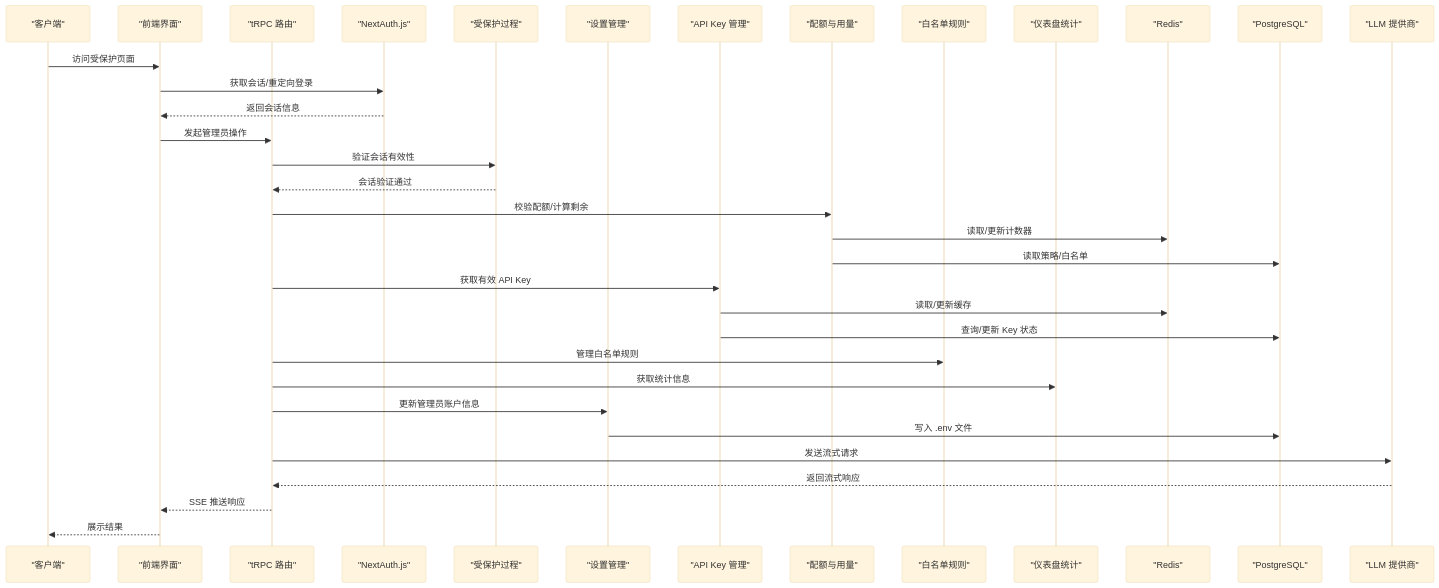
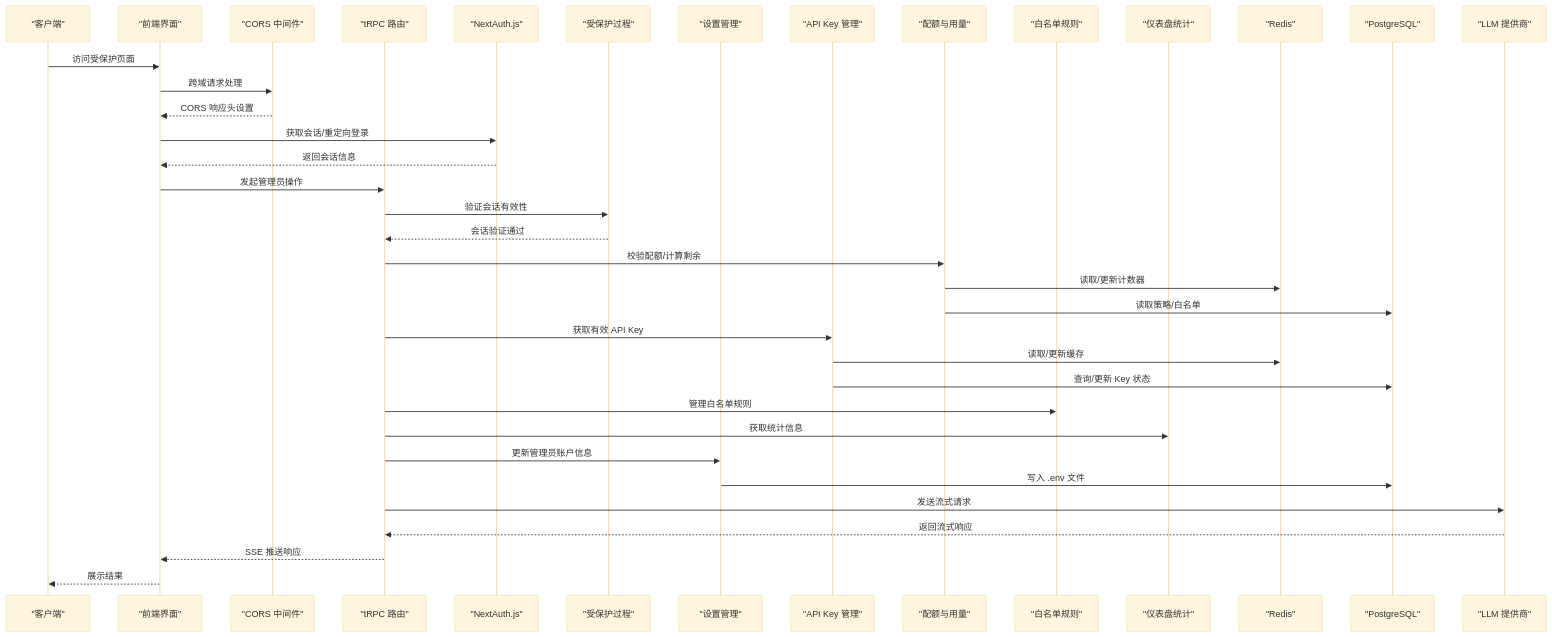
One commit to RadiumAg/AIGate changed the second of 13 diagrams in .qoder/repowiki/zh/content/系统架构设计/安全架构设计.md. Above: the diagram before and after it, drawn with Mermaid (base theme). The commit also changed other lines of this file and 9 other files, not shown here.

````diff
--- a/.qoder/repowiki/zh/content/系统架构设计/安全架构设计.md
+++ b/.qoder/repowiki/zh/content/系统架构设计/安全架构设计.md
@@ -169,36 +170,39 @@
 ```mermaid
 sequenceDiagram
 participant C as "客户端"
 participant UI as "前端界面"
+participant CORS as "CORS 中间件"
 participant TRPC as "tRPC 路由"
 participant AUTH as "NextAuth.js"
 participant PROC as "受保护过程"
 participant SET as "设置管理"
 participant AK as "API Key 管理"
 participant QU as "配额与用量"
 participant WH as "白名单规则"
 participant DASH as "仪表盘统计"
 participant RED as "Redis"
 participant DB as "PostgreSQL"
 participant LLM as "LLM 提供商"
 C->>UI : 访问受保护页面
+UI->>CORS : 跨域请求处理
+CORS-->>UI : CORS 响应头设置
 UI->>AUTH : 获取会话/重定向登录
 AUTH-->>UI : 返回会话信息
 UI->>TRPC : 发起管理员操作
 TRPC->>PROC : 验证会话有效性
 PROC-->>TRPC : 会话验证通过
 TRPC->>QU : 校验配额/计算剩余
 QU->>RED : 读取/更新计数器
 QU->>DB : 读取策略/白名单
 TRPC->>AK : 获取有效 API Key
 AK->>RED : 读取/更新缓存
 AK->>DB : 查询/更新 Key 状态
 TRPC->>WH : 管理白名单规则
 TRPC->>DASH : 获取统计信息
 TRPC->>SET : 更新管理员账户信息
 SET->>DB : 写入 .env 文件
 TRPC->>LLM : 发送流式请求
 LLM-->>TRPC : 返回流式响应
 TRPC-->>UI : SSE 推送响应
 UI-->>C : 展示结果
 ```
````
